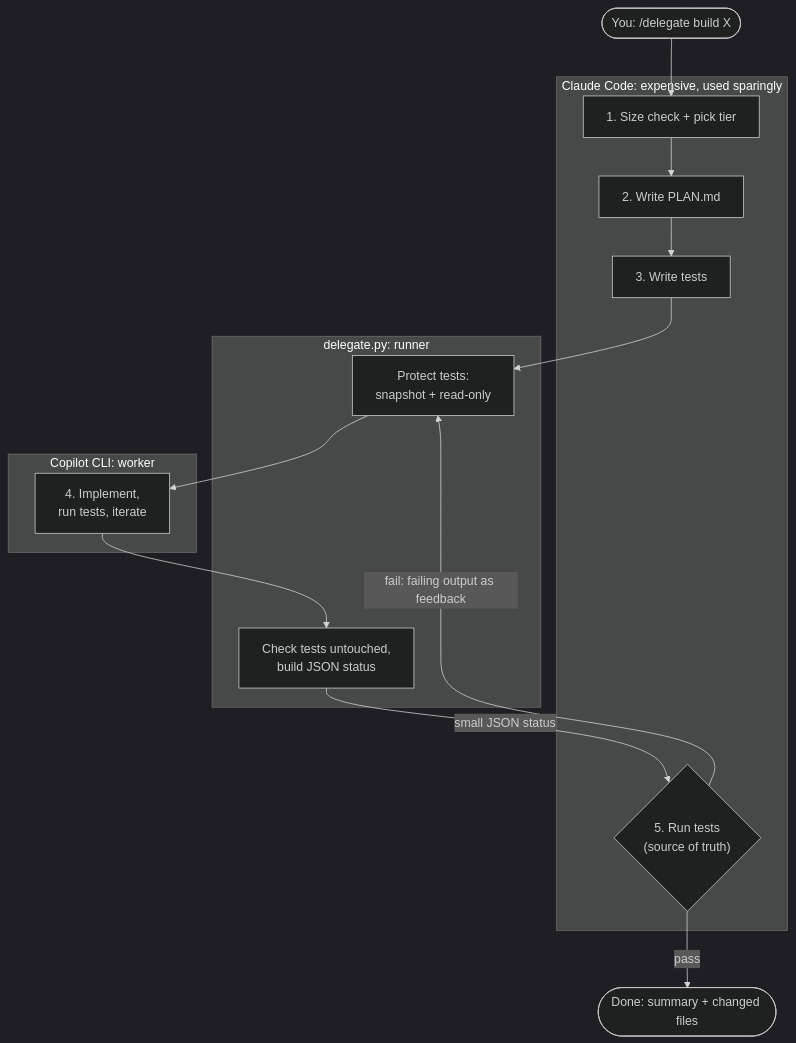
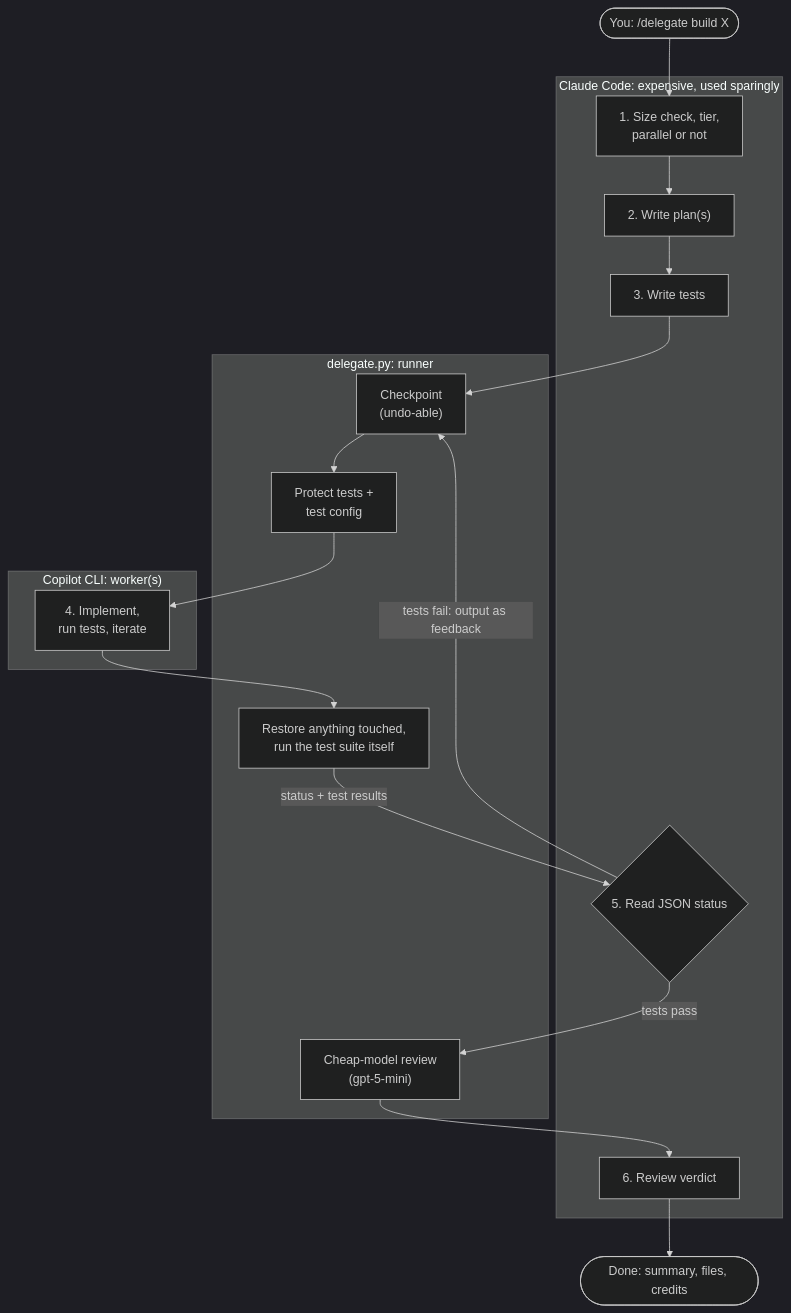
Before and after one commit to gaztrabisme/claude-subagent-delegation: the first of 7 diagrams in README.md, drawn with Mermaid (dark theme). The commit also changed other lines of this file and 12 other files, not shown here.

````diff
--- a/README.md
+++ b/README.md
@@ -29,23 +36,27 @@
 ```mermaid
 flowchart TD
     U(["You: /delegate build X"]) --> C
 
     subgraph CL["Claude Code: expensive, used sparingly"]
-        C["1. Size check + pick tier"] --> P["2. Write PLAN.md"] --> T["3. Write tests"]
-        V{"5. Run tests<br/>(source of truth)"}
+        C["1. Size check, tier,<br/>parallel or not"] --> P["2. Write plan(s)"] --> T["3. Write tests"]
+        V{"5. Read JSON status"}
+        RV["6. Review verdict"]
     end
 
     subgraph R["delegate.py: runner"]
-        G["Protect tests:<br/>snapshot + read-only"]
-        CHK["Check tests untouched,<br/>build JSON status"]
+        CP["Checkpoint<br/>(undo-able)"] --> G["Protect tests +<br/>test config"]
+        CHK["Restore anything touched,<br/>run the test suite itself"]
+        REV["Cheap-model review<br/>(gpt-5-mini)"]
     end
 
-    subgraph W["Copilot CLI: worker"]
+    subgraph W["Copilot CLI: worker(s)"]
         I["4. Implement,<br/>run tests, iterate"]
     end
 
-    T --> G --> I --> CHK
-    CHK -- "small JSON status" --> V
-    V -- "fail: failing output as feedback" --> G
-    V -- pass --> D(["Done: summary + changed files"])
+    T --> CP
+    G --> I --> CHK
+    CHK -- "status + test results" --> V
+    V -- "tests fail: output as feedback" --> CP
+    V -- "tests pass" --> REV --> RV
+    RV --> D(["Done: summary, files, credits"])
 ```
````
